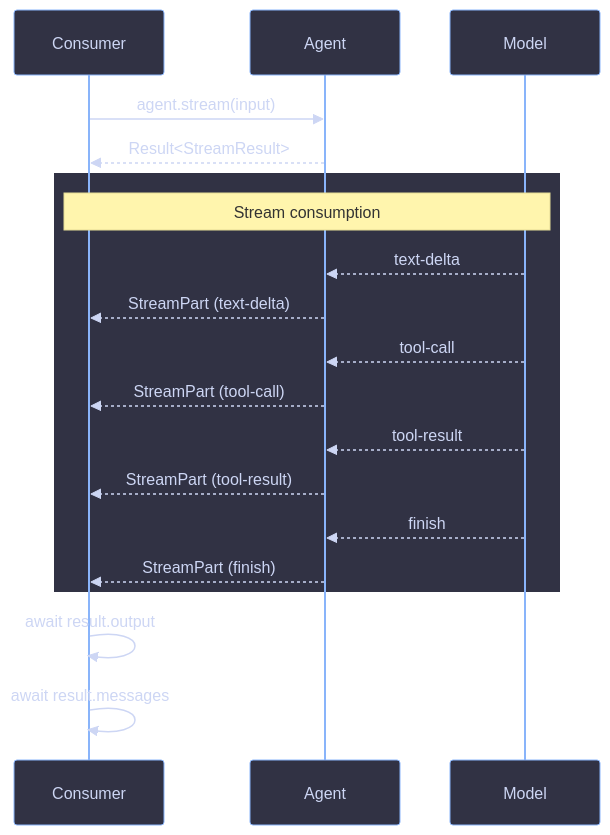
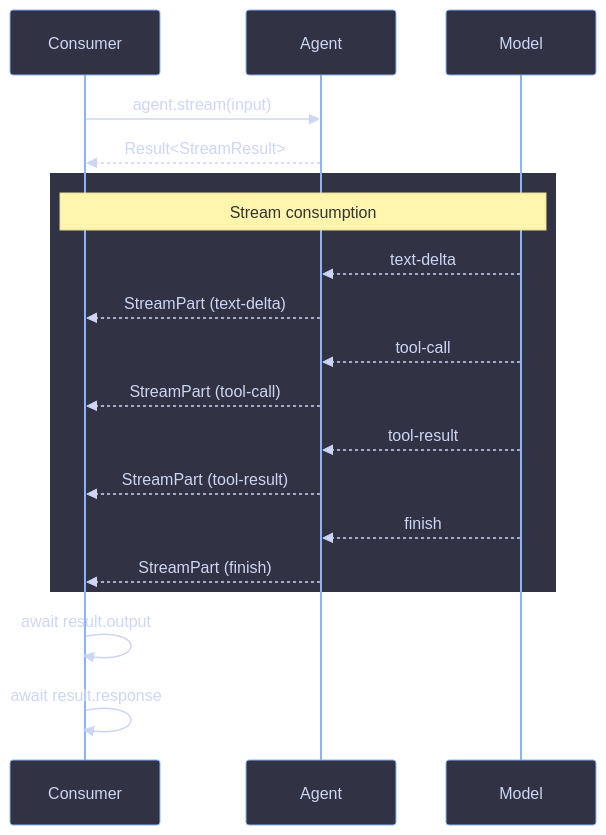
The diagram in packages/agents/docs/advanced/streaming.md (joggrdocs/funkai), drawn with Mermaid before and after one commit. The commit also changed other lines of this file and 56 other files, not shown here.

````diff
--- a/packages/agents/docs/advanced/streaming.md
+++ b/packages/agents/docs/advanced/streaming.md
@@ -7,40 +7,40 @@
 ```mermaid
 %%{init: {
   'theme': 'base',
   'themeVariables': {
     'primaryColor': '#313244',
     'primaryTextColor': '#cdd6f4',
     'primaryBorderColor': '#6c7086',
     'lineColor': '#89b4fa',
     'secondaryColor': '#45475a',
     'tertiaryColor': '#1e1e2e',
     'actorBkg': '#313244',
     'actorBorder': '#89b4fa',
     'actorTextColor': '#cdd6f4',
     'signalColor': '#cdd6f4',
     'signalTextColor': '#cdd6f4'
   }
 }}%%
 sequenceDiagram
     participant C as Consumer
     participant A as Agent
     participant M as Model
 
     C->>A: agent.stream(input)
     A-->>C: Result<StreamResult>
 
     rect rgb(49, 50, 68)
         Note over C,M: Stream consumption
         M-->>A: text-delta
         A-->>C: StreamPart (text-delta)
         M-->>A: tool-call
         A-->>C: StreamPart (tool-call)
         M-->>A: tool-result
         A-->>C: StreamPart (tool-result)
         M-->>A: finish
         A-->>C: StreamPart (finish)
     end
 
     C->>C: await result.output
-    C->>C: await result.messages
+    C->>C: await result.response
 ```
````
